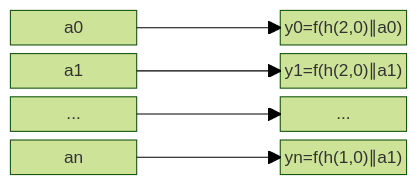
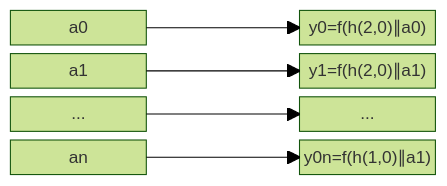
One commit to sergey-shandar/public changed the second of 2 diagrams in notes/hash.md. Above: the diagram before and after it, drawn with Mermaid (forest theme).

````diff
--- a/notes/hash.md
+++ b/notes/hash.md
@@ -75,12 +75,12 @@
 ```mermaid
 block-beta
   columns 3
-  a0        space y0["y0=f(h(2,0)∥a0)"]
-  a1        space y1["y1=f(h(2,0)∥a1)"]
-  ai["..."] space yi["..."]
-  an        space yn["yn=f(h(1,0)∥a1)"] 
-  a0-->y0
-  a1-->y1
-  ai-->yi
-  an-->yn
+  a0        space y00["y0=f(h(2,0)∥a0)"] 
+  a1        space y01["y1=f(h(2,0)∥a1)"]   
+  ai["..."] space y0i["..."]
+  an        space y0n["y0n=f(h(1,0)∥a1)"] 
+  a0-->y00
+  a1-->y01
+  ai-->y0i
+  an-->y0n
 ```
````
